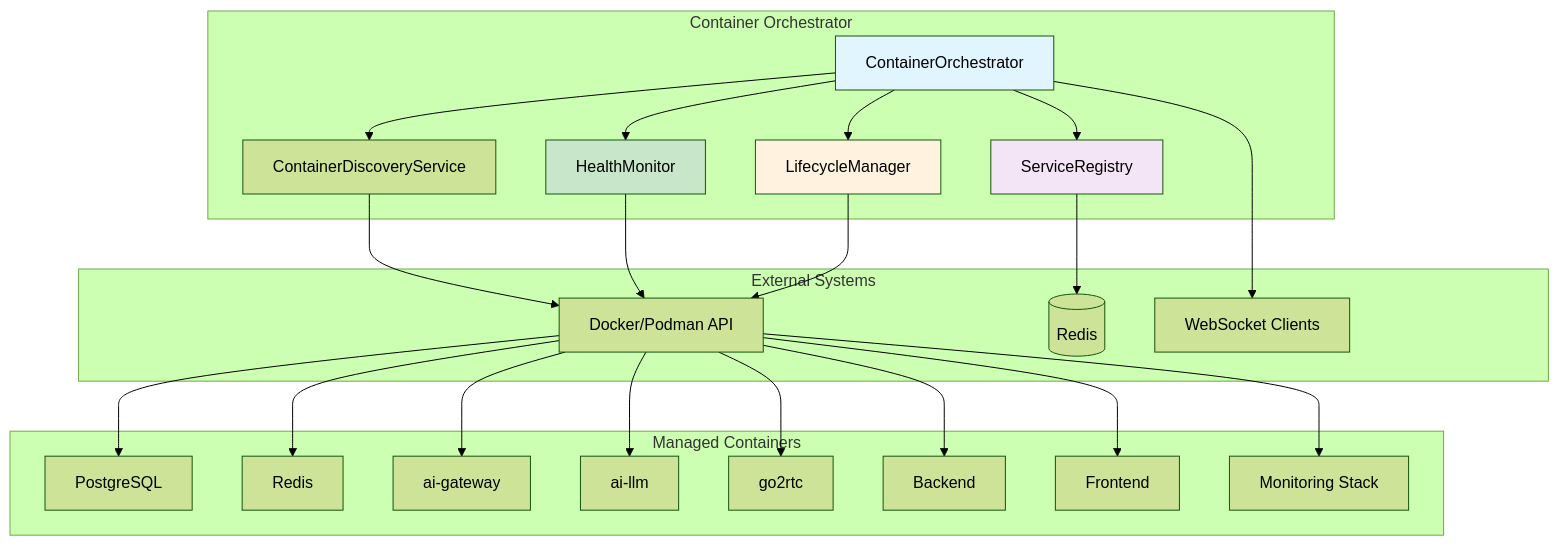
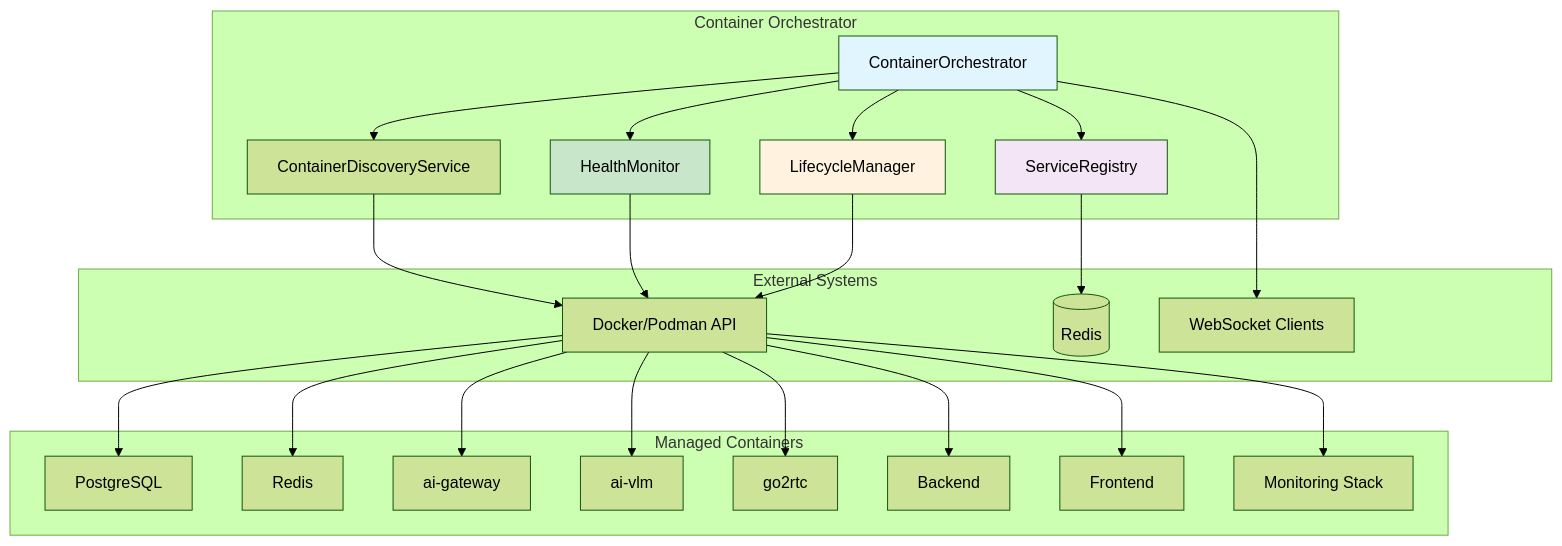
One commit to mikesvoboda/nemotron-v3-home-security-intelligence changed the first of 5 diagrams in docs/deployment/container-orchestration.md. Above: the diagram before and after it, drawn with Mermaid (forest theme). The commit also changed other lines of this file and 231 other files, not shown here.

````diff
--- a/docs/deployment/container-orchestration.md
+++ b/docs/deployment/container-orchestration.md
@@ -53,53 +54,53 @@
 ```mermaid
 flowchart TB
     subgraph Orchestrator["Container Orchestrator"]
         CO[ContainerOrchestrator]
         DS[ContainerDiscoveryService]
         HM[HealthMonitor]
         LM[LifecycleManager]
         SR[ServiceRegistry]
     end
 
     subgraph External["External Systems"]
         DC[Docker/Podman API]
         RD[(Redis)]
         WS[WebSocket Clients]
     end
 
     subgraph Containers["Managed Containers"]
         PG[PostgreSQL]
         RS[Redis]
         AI1[ai-gateway]
-        AI2[ai-llm]
+        AI2[ai-vlm]
         G2[go2rtc]
         BE[Backend]
         FE[Frontend]
         MON[Monitoring Stack]
     end
 
     CO --> DS
     CO --> HM
     CO --> LM
     CO --> SR
 
     DS --> DC
     HM --> DC
     LM --> DC
     SR --> RD
 
     CO --> WS
 
     DC --> PG
     DC --> RS
     DC --> AI1
     DC --> AI2
     DC --> G2
     DC --> BE
     DC --> FE
     DC --> MON
 
     style CO fill:#e1f5fe
     style HM fill:#c8e6c9
     style LM fill:#fff3e0
     style SR fill:#f3e5f5
 ```
````
